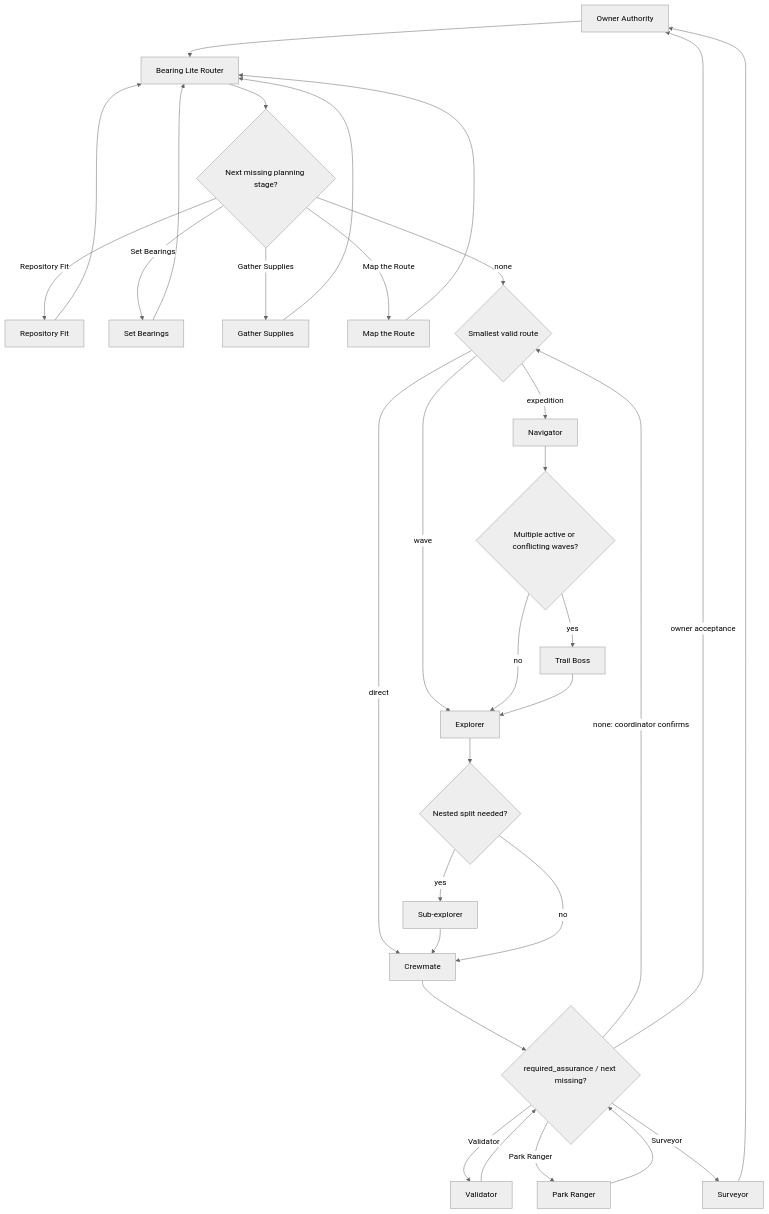
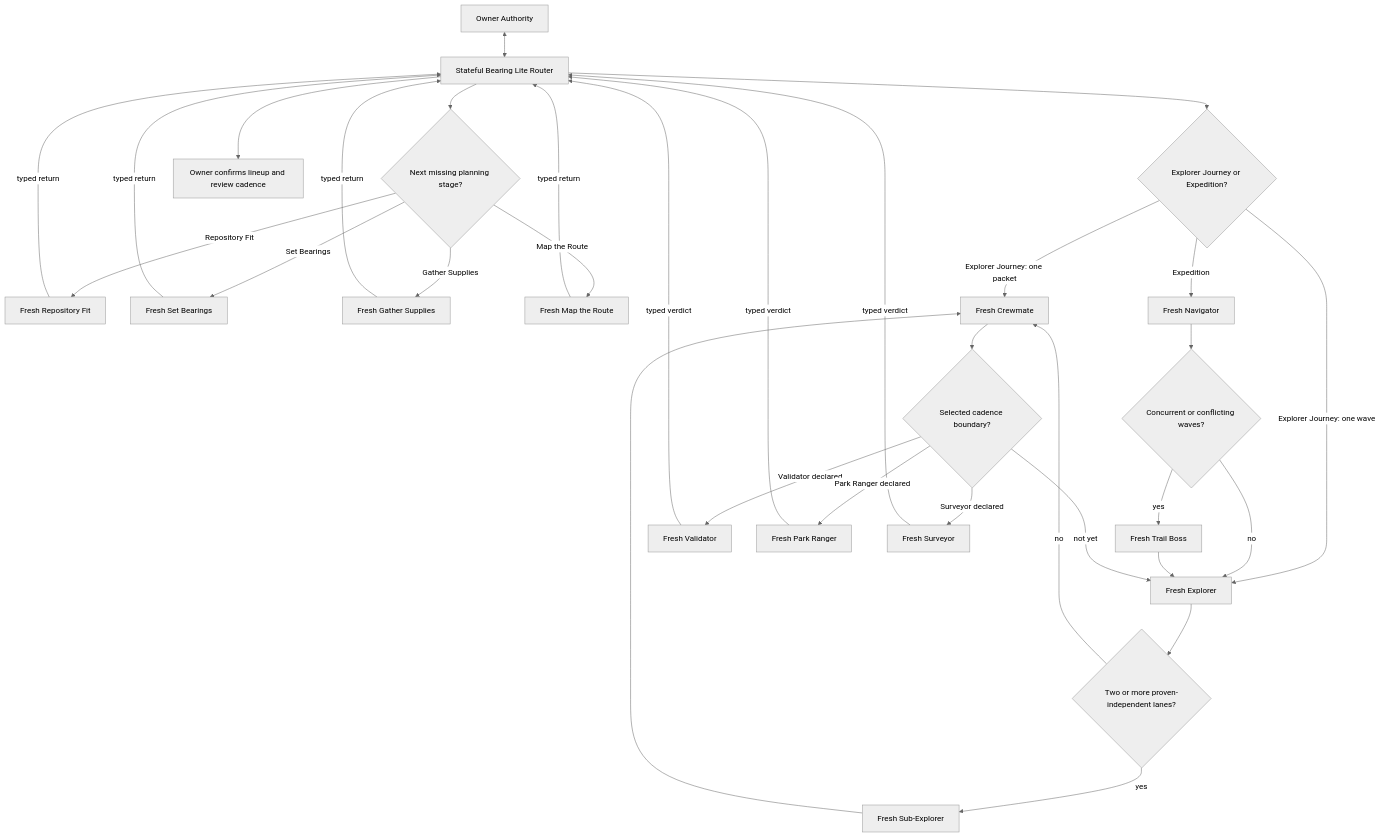
The diagram in skills/bearing-lite/references/role-routing.mmd (alphazede/bearing), drawn with Mermaid (neutral theme) before and after one commit. The commit also changed 22 other files, not shown here.

Commit message:
feat: rebuild Bearing Lite journey skills

```diff
--- a/skills/bearing-lite/references/role-routing.mmd
+++ b/skills/bearing-lite/references/role-routing.mmd
@@ -1,32 +1,27 @@
 flowchart TD
-    O[Owner Authority] --> R[Bearing Lite Router]
+    O[Owner Authority] <--> R[Stateful Bearing Lite Router]
+    R --> J{Explorer Journey or Expedition?}
     R --> P{Next missing planning stage?}
-    P -->|Repository Fit| PF[Repository Fit]
-    P -->|Set Bearings| SB[Set Bearings]
-    P -->|Gather Supplies| GS[Gather Supplies]
-    P -->|Map the Route| MR[Map the Route]
-    PF --> R
-    SB --> R
-    GS --> R
-    MR --> R
-    P -->|none| Q{Smallest valid route}
-    Q -->|direct| C[Crewmate]
-    Q -->|wave| E[Explorer]
-    Q -->|expedition| N[Navigator]
-    N --> TB{Multiple active or conflicting waves?}
-    TB -->|yes| T[Trail Boss]
+    P -->|Repository Fit| PF[Fresh Repository Fit]
+    P -->|Set Bearings| SB[Fresh Set Bearings]
+    P -->|Gather Supplies| GS[Fresh Gather Supplies]
+    P -->|Map the Route| MR[Fresh Map the Route]
+    PF & SB & GS & MR -->|typed return| R
+    R --> L[Owner confirms lineup and review cadence]
+    J -->|Explorer Journey: one packet| C[Fresh Crewmate]
+    J -->|Explorer Journey: one wave| E[Fresh Explorer]
+    J -->|Expedition| N[Fresh Navigator]
+    N --> TB{Concurrent or conflicting waves?}
+    TB -->|yes| T[Fresh Trail Boss]
     TB -->|no| E
     T --> E
-    E --> X{Nested split needed?}
-    X -->|yes| SE[Sub-explorer]
+    E --> X{Two or more proven-independent lanes?}
+    X -->|yes| SE[Fresh Sub-Explorer]
     SE --> C
     X -->|no| C
-    C --> A{required_assurance / next missing?}
-    A -->|none: coordinator confirms| Q
-    A -->|Validator| V[Validator]
-    A -->|Park Ranger| PK[Park Ranger]
-    A -->|Surveyor| S[Surveyor]
-    A -->|owner acceptance| O
-    V --> A
-    PK --> A
-    S --> O
+    C --> A{Selected cadence boundary?}
+    A -->|Validator declared| V[Fresh Validator]
+    A -->|Park Ranger declared| PK[Fresh Park Ranger]
+    A -->|Surveyor declared| S[Fresh Surveyor]
+    A -->|not yet| E
+    V & PK & S -->|typed verdict| R
```
